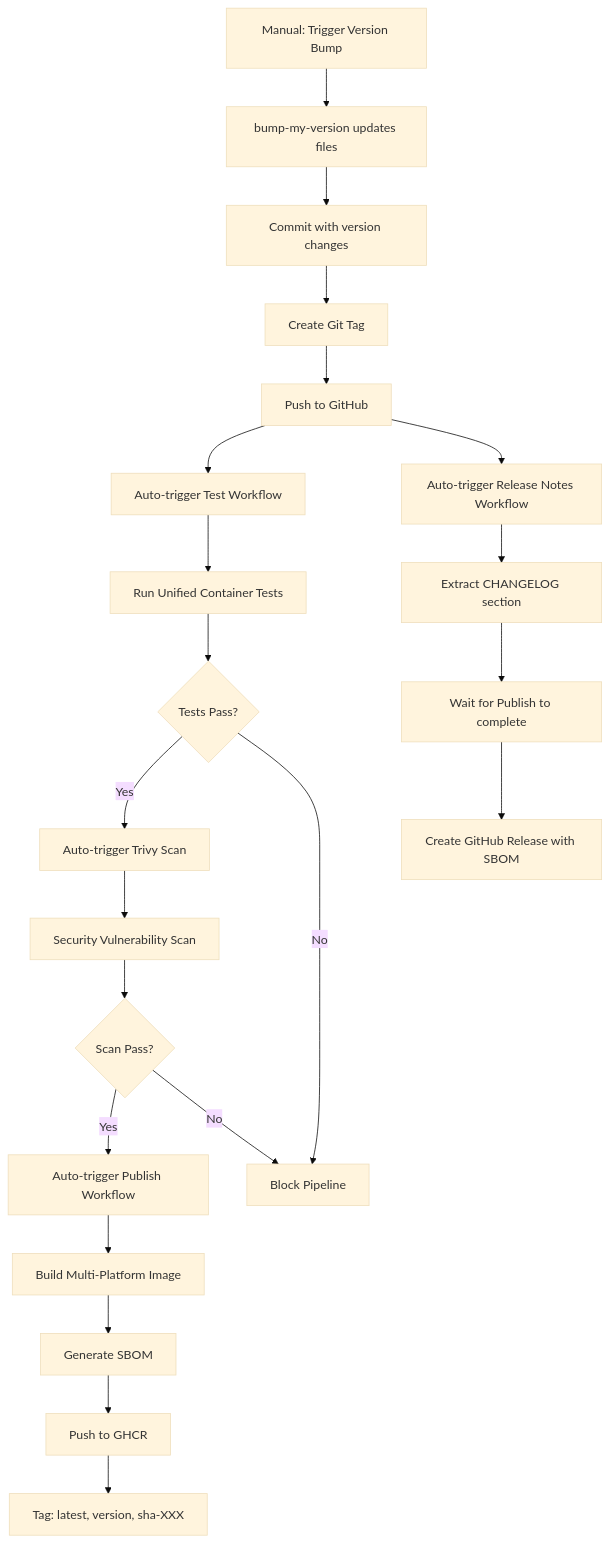
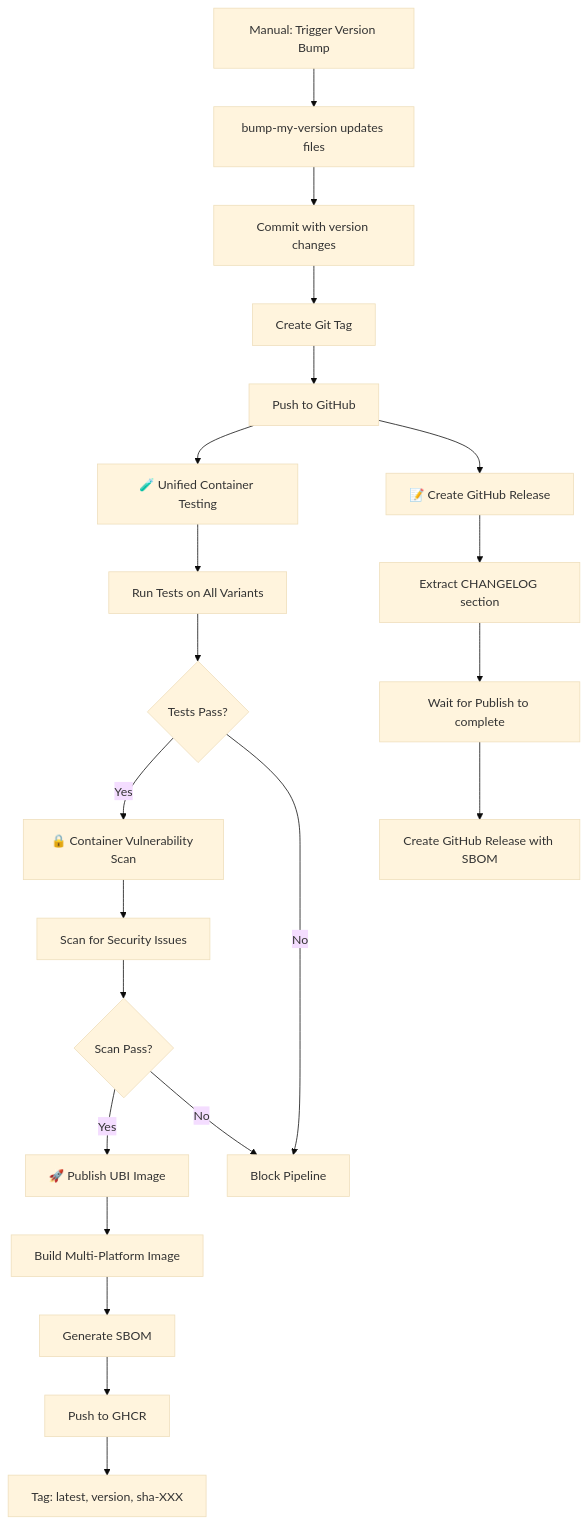
One commit to egohygiene/ubi changed the diagram in docs/release-process.md. Above: the diagram before and after it, drawn with Mermaid (base theme). The commit also changed other lines of this file, not shown here.

Commit message:
docs: Improve consistency in workflow naming
- Updated flowchart to use workflow emoji names
- Made workflow references consistent throughout documentation
- Addresses code review nitpicks

````diff
--- a/docs/release-process.md
+++ b/docs/release-process.md
@@ -25,24 +25,24 @@
 ```mermaid
 graph TD
     A[Manual: Trigger Version Bump] --> B[bump-my-version updates files]
     B --> C[Commit with version changes]
     C --> D[Create Git Tag]
     D --> E[Push to GitHub]
-    E --> F[Auto-trigger Test Workflow]
-    E --> K[Auto-trigger Release Notes Workflow]
-    F --> O[Run Unified Container Tests]
+    E --> F[🧪 Unified Container Testing]
+    E --> K[📝 Create GitHub Release]
+    F --> O[Run Tests on All Variants]
     O --> P{Tests Pass?}
-    P -->|Yes| Q[Auto-trigger Trivy Scan]
+    P -->|Yes| Q[🔒 Container Vulnerability Scan]
     P -->|No| R[Block Pipeline]
-    Q --> S[Security Vulnerability Scan]
+    Q --> S[Scan for Security Issues]
     S --> T{Scan Pass?}
-    T -->|Yes| U[Auto-trigger Publish Workflow]
+    T -->|Yes| U[🚀 Publish UBI Image]
     T -->|No| R
     U --> G[Build Multi-Platform Image]
     G --> H[Generate SBOM]
     H --> I[Push to GHCR]
     I --> J[Tag: latest, version, sha-XXX]
     K --> L[Extract CHANGELOG section]
     L --> M[Wait for Publish to complete]
     M --> N[Create GitHub Release with SBOM]
 ```
````
